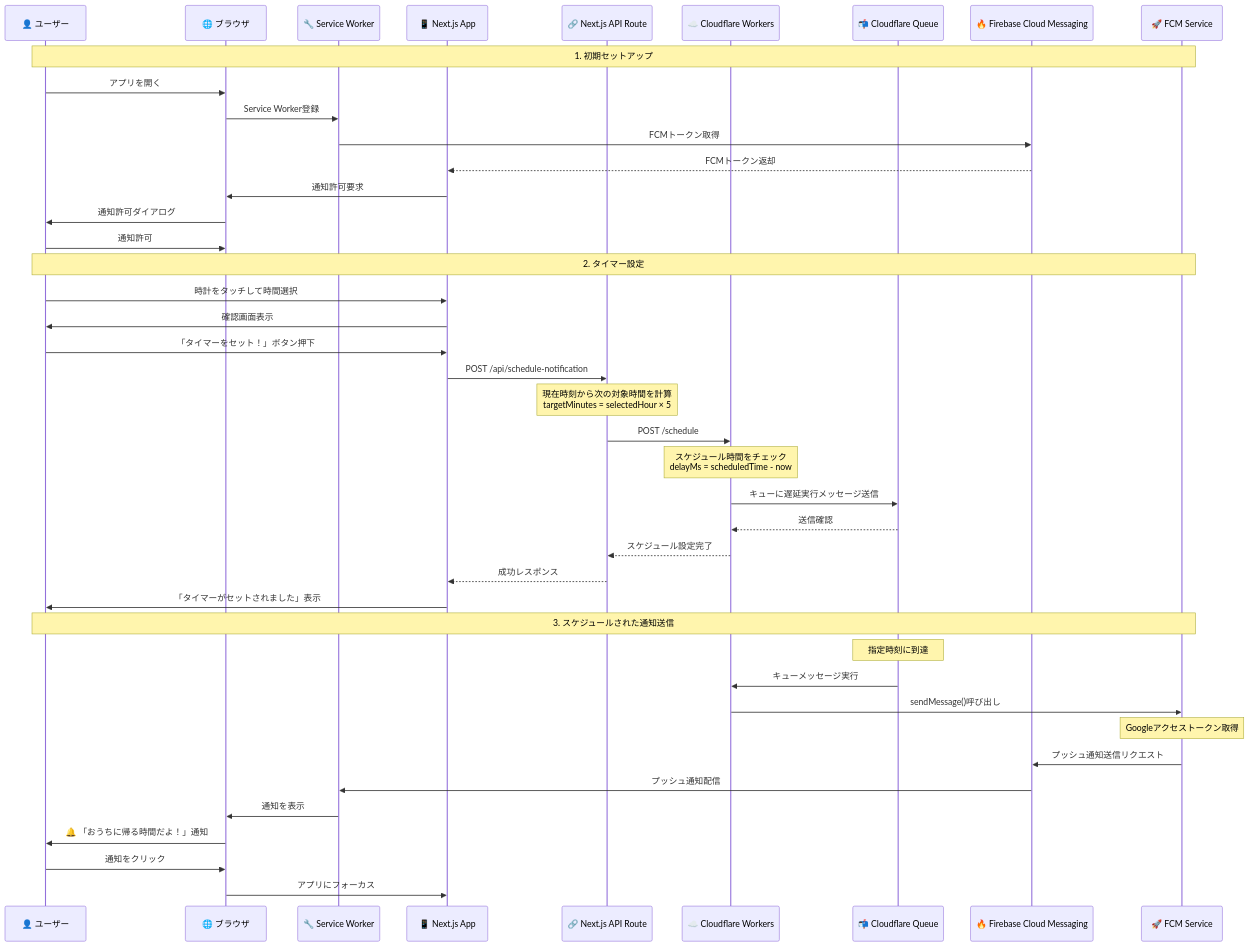
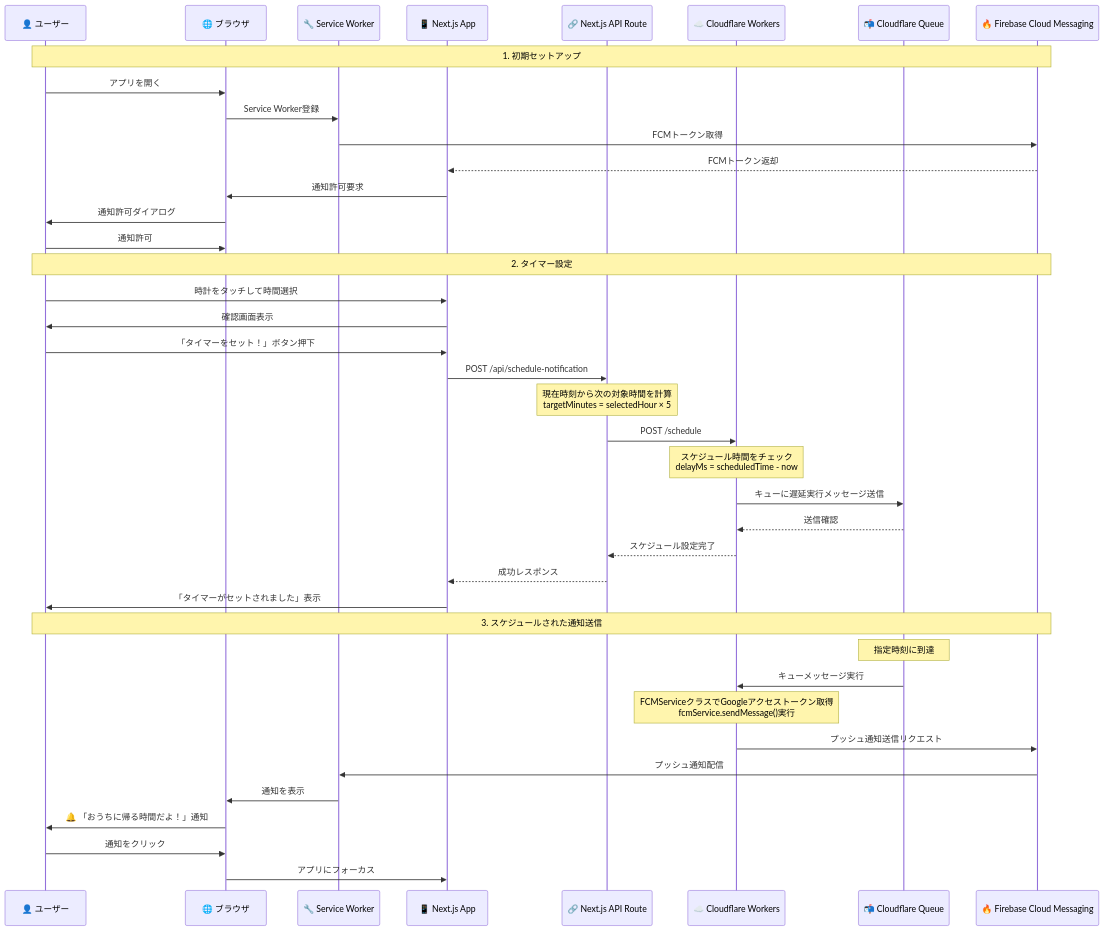
The diagram in push-notification-system-flow.md (hironori11an/go_home_timer), drawn with Mermaid before and after one commit. The commit also changed other lines of this file, not shown here.

Commit message:
プッシュ通知システムフロー図の説明を更新し、FCMサービスの表記を修正しました。また、FCM Serviceクラスの役割を明確にし、関連するノートを整理しました。

````diff
--- a/push-notification-system-flow.md
+++ b/push-notification-system-flow.md
@@ -8,47 +8,45 @@
 ```mermaid
 sequenceDiagram
     participant U as 👤 ユーザー
     participant B as 🌐 ブラウザ
     participant SW as 🔧 Service Worker
     participant N as 📱 Next.js App
     participant API as 🔗 Next.js API Route
     participant CW as ☁️ Cloudflare Workers
     participant Q as 📬 Cloudflare Queue
     participant FCM as 🔥 Firebase Cloud Messaging
-    participant FCMService as 🚀 FCM Service
 
-    Note over U,FCMService: 1. 初期セットアップ
+    Note over U,FCM: 1. 初期セットアップ
     U->>B: アプリを開く
     B->>SW: Service Worker登録
     SW->>FCM: FCMトークン取得
     FCM-->>N: FCMトークン返却
     N->>B: 通知許可要求
     B->>U: 通知許可ダイアログ
     U->>B: 通知許可
 
-    Note over U,FCMService: 2. タイマー設定
+    Note over U,FCM: 2. タイマー設定
     U->>N: 時計をタッチして時間選択
     N->>U: 確認画面表示
     U->>N: 「タイマーをセット！」ボタン押下
     N->>API: POST /api/schedule-notification
     Note over API: 現在時刻から次の対象時間を計算<br/>targetMinutes = selectedHour × 5
     API->>CW: POST /schedule
     Note over CW: スケジュール時間をチェック<br/>delayMs = scheduledTime - now
     CW->>Q: キューに遅延実行メッセージ送信
     Q-->>CW: 送信確認
     CW-->>API: スケジュール設定完了
     API-->>N: 成功レスポンス
     N->>U: 「タイマーがセットされました」表示
 
-    Note over U,FCMService: 3. スケジュールされた通知送信
+    Note over U,FCM: 3. スケジュールされた通知送信
     Note over Q: 指定時刻に到達
     Q->>CW: キューメッセージ実行
-    CW->>FCMService: sendMessage()呼び出し
-    Note over FCMService: Googleアクセストークン取得
-    FCMService->>FCM: プッシュ通知送信リクエスト
+    Note over CW: FCMServiceクラスでGoogleアクセストークン取得<br/>fcmService.sendMessage()実行
+    CW->>FCM: プッシュ通知送信リクエスト
     FCM->>SW: プッシュ通知配信
     SW->>B: 通知を表示
     B->>U: 🔔 「おうちに帰る時間だよ！」通知
     U->>B: 通知をクリック
     B->>N: アプリにフォーカス
 ```
````
